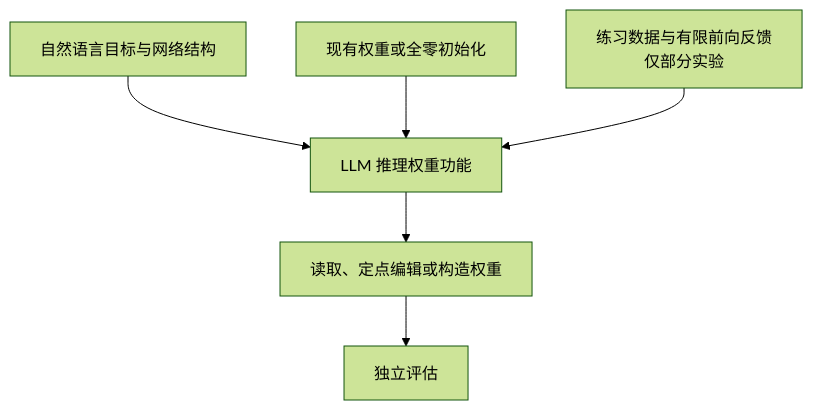
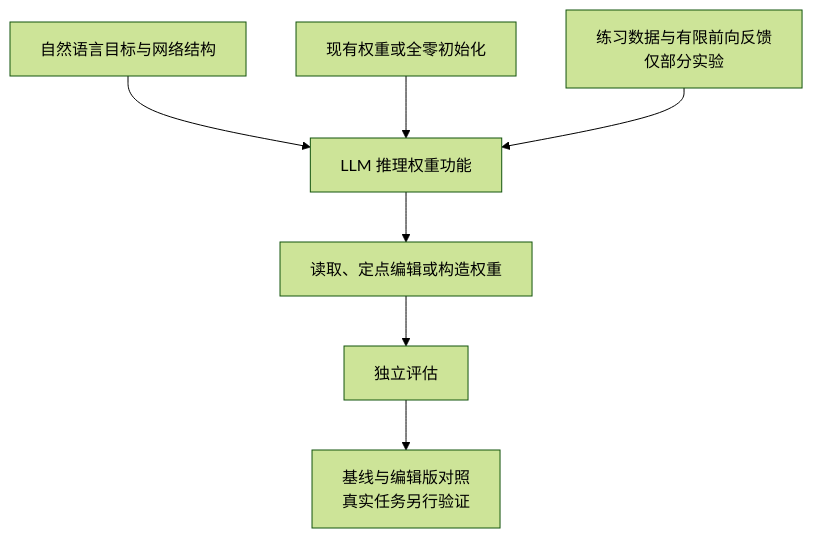
Before and after one commit to ImChong/Robotics_Notebooks: the first of 2 diagrams in wiki/entities/weight-space-programming.md, drawn with Mermaid (forest theme). The commit also changed other lines of this file, not shown here.

````diff
--- a/wiki/entities/weight-space-programming.md
+++ b/wiki/entities/weight-space-programming.md
@@ -44,8 +51,9 @@
 ```mermaid
 flowchart TB
   spec["自然语言目标与网络结构"] --> editor["LLM 推理权重功能"]
   weights["现有权重或全零初始化"] --> editor
   editor --> edit["读取、定点编辑或构造权重"]
   edit --> result["独立评估"]
   practice["练习数据与有限前向反馈<br/>仅部分实验"] --> editor
+  result --> compare["基线与编辑版对照<br/>真实任务另行验证"]
 ```
````
